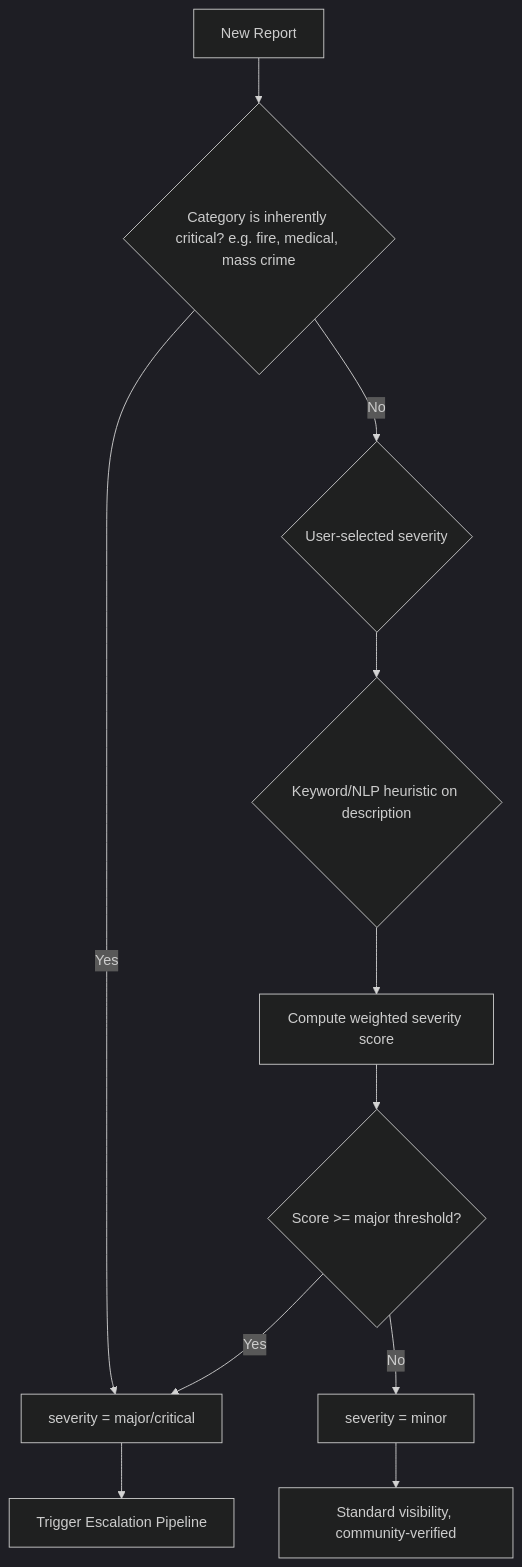
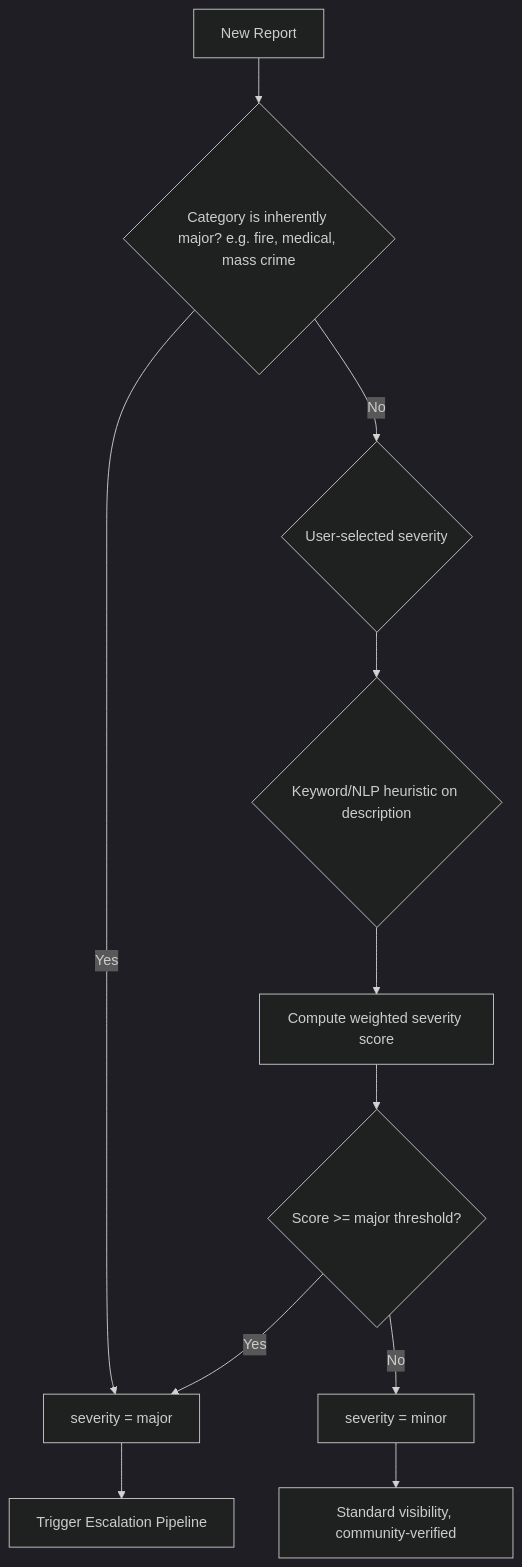
The fifth of 7 diagrams in system_architecture.md (aliazgorLab/ProtocolZero), drawn with Mermaid (dark theme) before and after one commit. The commit also changed other lines of this file and 13 other files, not shown here.

````diff
--- a/system_architecture.md
+++ b/system_architecture.md
@@ -787,13 +800,13 @@
 ```mermaid
 flowchart TD
-    A[New Report] --> B{Category is inherently critical? e.g. fire, medical, mass crime}
-    B -- Yes --> C[severity = major/critical]
+    A[New Report] --> B{Category is inherently major? e.g. fire, medical, mass crime}
+    B -- Yes --> C[severity = major]
     B -- No --> D{User-selected severity}
     D --> E{Keyword/NLP heuristic on description}
     E --> F[Compute weighted severity score]
     F --> G{Score >= major threshold?}
     G -- Yes --> C
     G -- No --> H[severity = minor]
     C --> I[Trigger Escalation Pipeline]
     H --> J[Standard visibility, community-verified]
 ```
````
